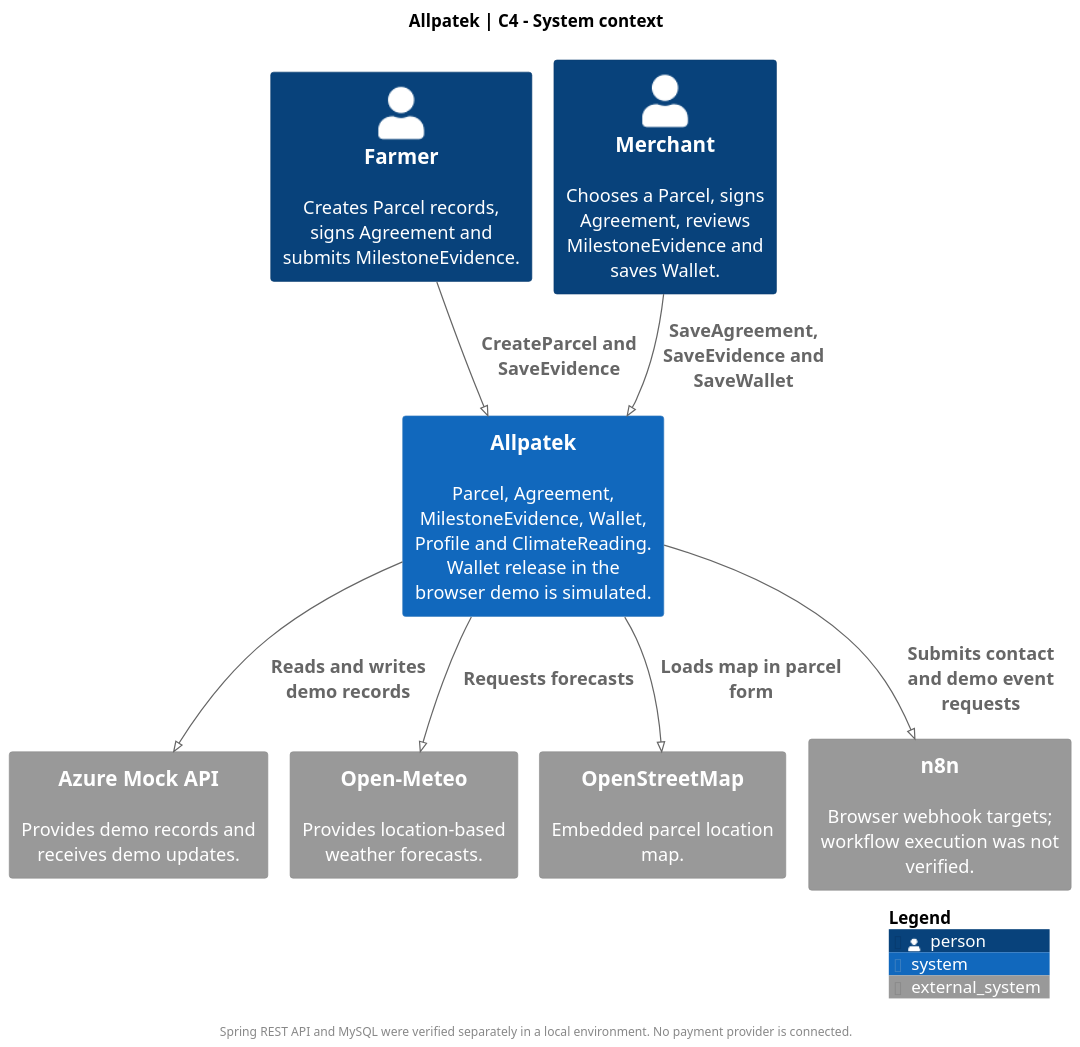
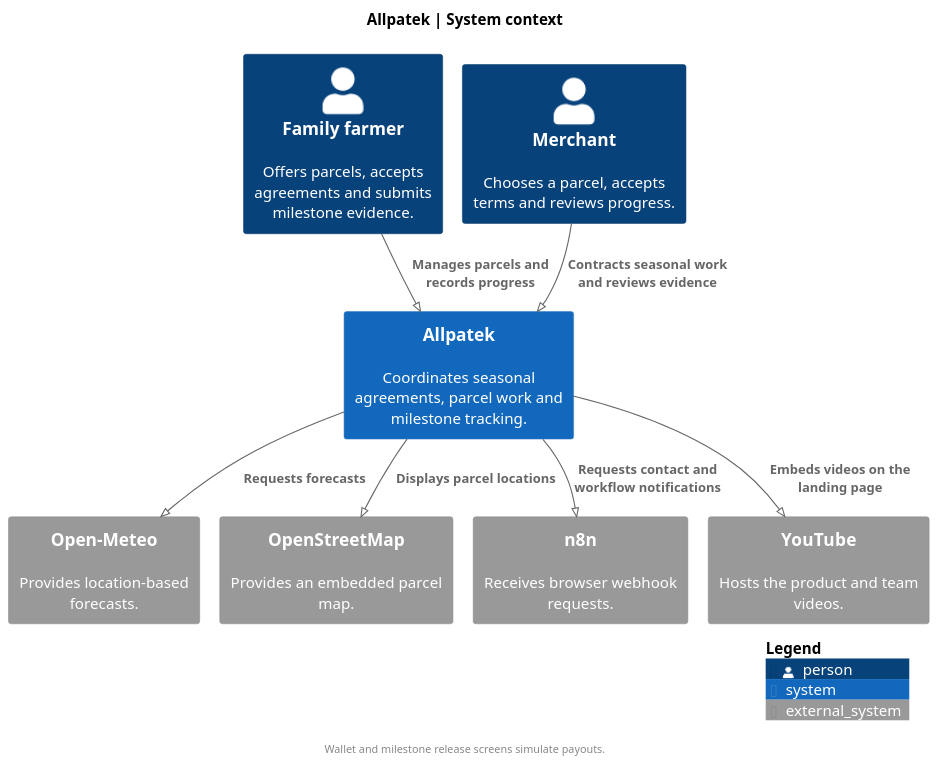
Before and after one commit to upc-pre-202620-1asi0729-7753-Terranova/allpatek-report: the diagram in assets/chapter-04/architecture/02-context.puml, drawn with PlantUML. The commit also changed 3 other files, not shown here.

```diff
--- a/assets/chapter-04/architecture/02-context.puml
+++ b/assets/chapter-04/architecture/02-context.puml
@@ -1,32 +1,27 @@
 @startuml
 !pragma layout smetana
 !include <C4/C4_Context>
 skinparam backgroundColor white
 skinparam defaultFontName SansSerif
-skinparam defaultFontSize 15
 skinparam shadowing false
-skinparam dpi 140
-
-title Allpatek | C4 - System context
+skinparam dpi 125
+title Allpatek | System context
 LAYOUT_TOP_DOWN()
 
-Person(farmer, "Farmer", "Creates Parcel records, signs Agreement and submits MilestoneEvidence.")
-Person(merchant, "Merchant", "Chooses a Parcel, signs Agreement, reviews MilestoneEvidence and saves Wallet.")
+Person(farmer, "Family farmer", "Offers parcels, accepts agreements and submits milestone evidence.")
+Person(merchant, "Merchant", "Chooses a parcel, accepts terms and reviews progress.")
+System(allpatek, "Allpatek", "Coordinates seasonal agreements, parcel work and milestone tracking.")
+System_Ext(weather, "Open-Meteo", "Provides location-based forecasts.")
+System_Ext(maps, "OpenStreetMap", "Provides an embedded parcel map.")
+System_Ext(automation, "n8n", "Receives browser webhook requests.")
+System_Ext(video, "YouTube", "Hosts the product and team videos.")
 
-System(allpatek, "Allpatek", "Parcel, Agreement, MilestoneEvidence, Wallet, Profile and ClimateReading. Wallet release in the browser demo is simulated.")
-
-System_Ext(mock, "Azure Mock API", "Provides demo records and receives demo updates.")
-System_Ext(weather, "Open-Meteo", "Provides location-based weather forecasts.")
-System_Ext(maps, "OpenStreetMap", "Embedded parcel location map.")
-System_Ext(automation, "n8n", "Browser webhook targets; workflow execution was not verified.")
-
-Rel(farmer, allpatek, "CreateParcel and SaveEvidence")
-Rel(merchant, allpatek, "SaveAgreement, SaveEvidence and SaveWallet")
-Rel(allpatek, mock, "Reads and writes demo records")
+Rel(farmer, allpatek, "Manages parcels and records progress")
+Rel(merchant, allpatek, "Contracts seasonal work and reviews evidence")
 Rel(allpatek, weather, "Requests forecasts")
-Rel(allpatek, maps, "Loads map in parcel form")
-Rel(allpatek, automation, "Submits contact and demo event requests")
-
-footer Spring REST API and MySQL were verified separately in a local environment. No payment provider is connected.
+Rel(allpatek, maps, "Displays parcel locations")
+Rel(allpatek, automation, "Requests contact and workflow notifications")
+Rel(allpatek, video, "Embeds videos on the landing page")
+footer Wallet and milestone release screens simulate payouts.
 SHOW_LEGEND()
 @enduml
```
